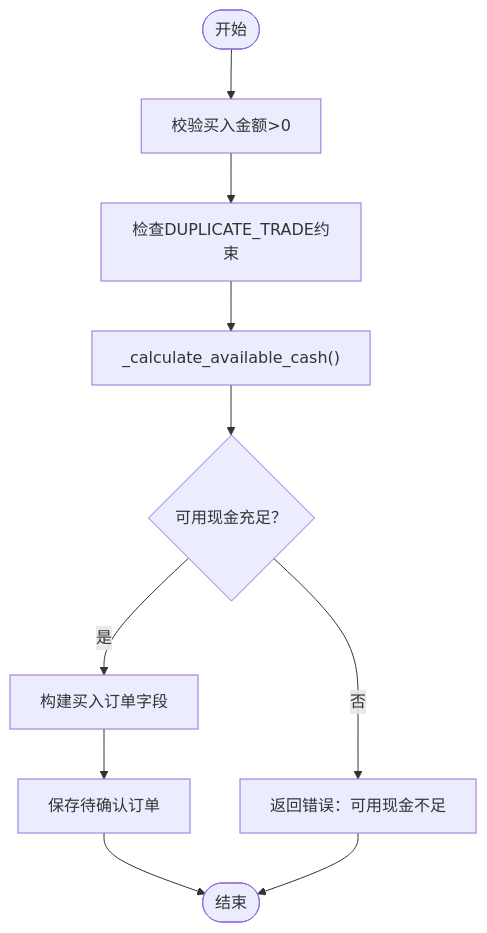
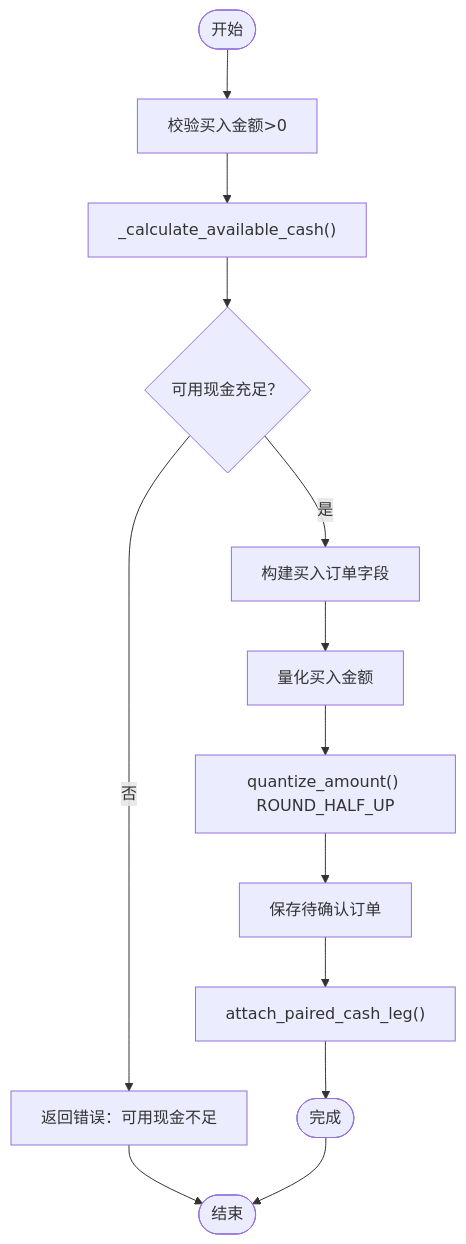
One commit to gujialind/InvestRing changed the ninth of 15 diagrams in .qoder/repowiki/zh/content/核心业务功能/交易处理.md. Above: the diagram before and after it, drawn with Mermaid. The commit also changed other lines of this file and 65 other files, not shown here.

````diff
--- a/.qoder/repowiki/zh/content/核心业务功能/交易处理.md
+++ b/.qoder/repowiki/zh/content/核心业务功能/交易处理.md
@@ -486,12 +436,15 @@
 ```mermaid
 flowchart TD
 Start(["开始"]) --> CheckAmt["校验买入金额>0"]
-CheckAmt --> CheckDuplicate["检查DUPLICATE_TRADE约束"]
-CheckDuplicate --> CashCalc["_calculate_available_cash()"]
+CheckAmt --> CashCalc["_calculate_available_cash()"]
 CashCalc --> Enough{"可用现金充足？"}
 Enough --> |否| Err["返回错误：可用现金不足"]
 Enough --> |是| Build["构建买入订单字段"]
-Build --> Save["保存待确认订单"]
-Save --> End(["结束"])
-Err --> End
+Build --> QuantizeAmt["量化买入金额"]
+QuantizeAmt --> Quantize["quantize_amount() ROUND_HALF_UP"]
+Quantize --> Save["保存待确认订单"]
+Save --> AttachPair["attach_paired_cash_leg()"]
+AttachPair --> Complete(["完成"])
+Err --> End(["结束"])
+Complete --> End
 ```
````
